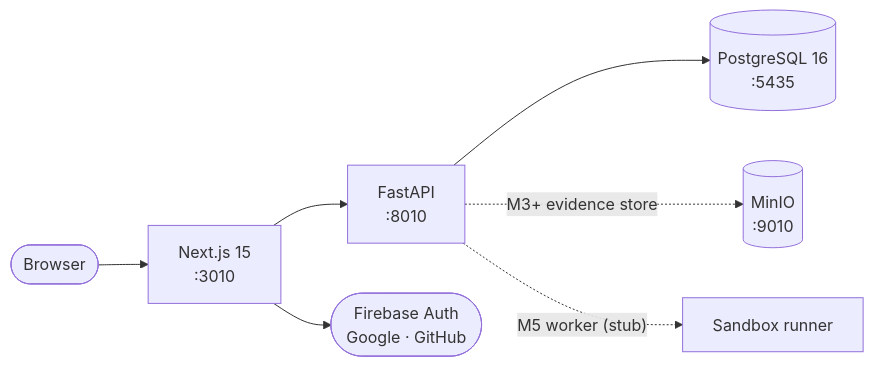
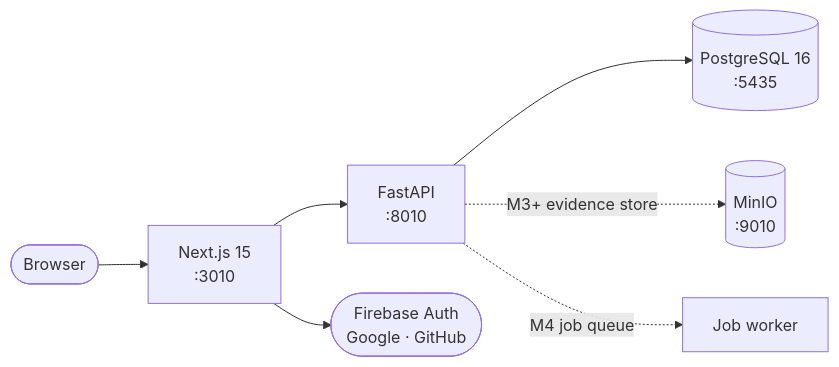
One commit to VivekChaurasiya95/Meridian-AI changed the diagram in README.md. Above: the diagram before and after it, drawn with Mermaid. The commit also changed other lines of this file, not shown here.

Commit message:
feat: implement project management, durable job orchestration, and web dashboard

````diff
--- a/README.md
+++ b/README.md
@@ -80,9 +81,9 @@
 ```mermaid
 flowchart LR
     Browser(["Browser"]) --> Web["Next.js 15<br/>:3010"]
     Web --> API["FastAPI<br/>:8010"]
     API --> DB[("PostgreSQL 16<br/>:5435")]
     Web --> Firebase(["Firebase Auth<br/>Google · GitHub"])
     API -. "M3+ evidence store" .-> MinIO[("MinIO<br/>:9010")]
-    API -. "M5 worker (stub)" .-> Worker["Sandbox runner"]
+    API -. "M4 job queue" .-> Worker["Job worker"]
 ```
````
